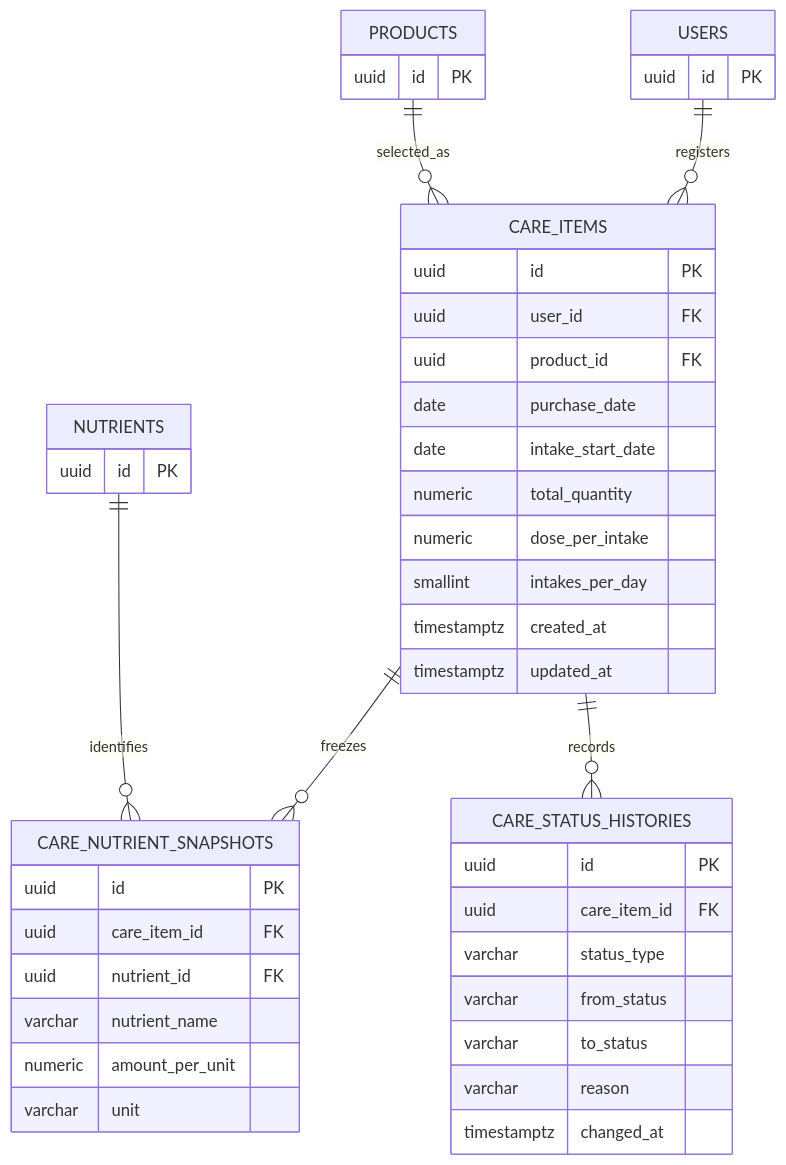
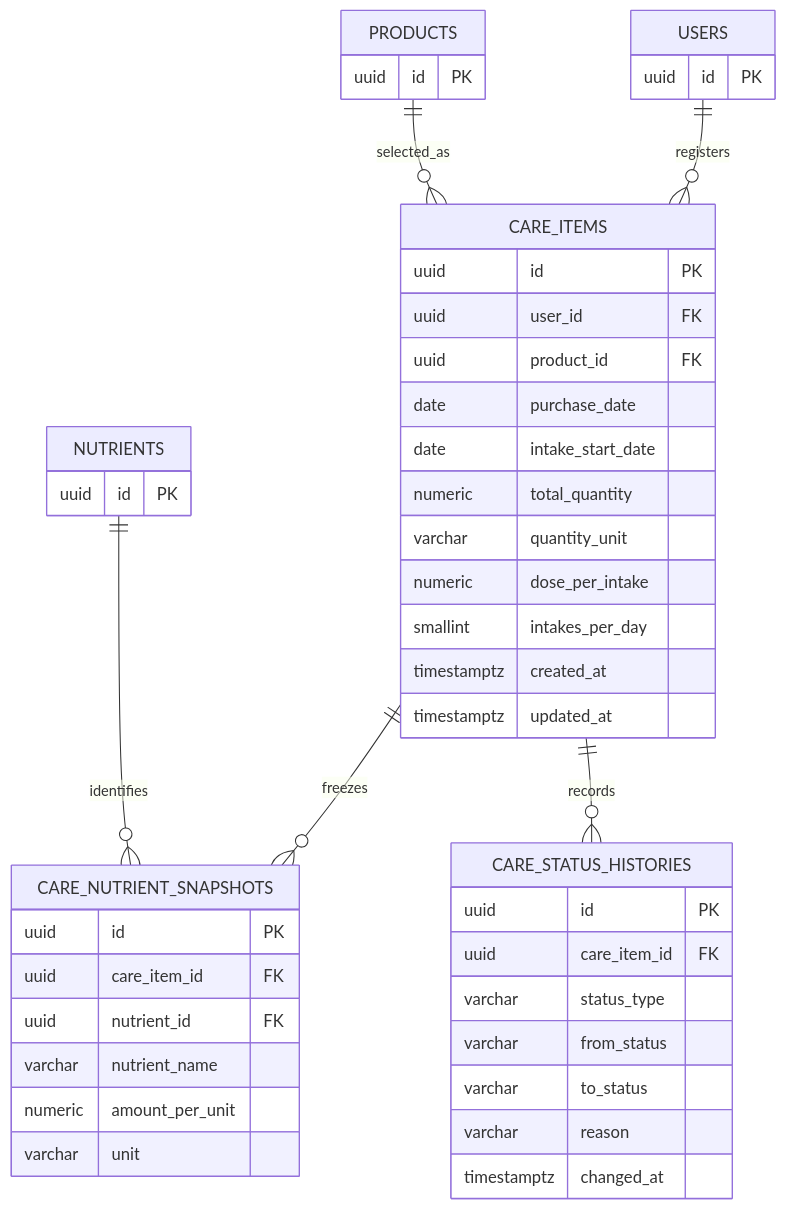
One commit to Pilot-project-python5/backend changed the third of 4 diagrams in docs/architecture/erd.md. Above: the diagram before and after it, drawn with Mermaid. The commit also changed other lines of this file and 31 other files, not shown here.

````diff
--- a/docs/architecture/erd.md
+++ b/docs/architecture/erd.md
@@ -262,52 +262,53 @@
 ```mermaid
 erDiagram
     USERS ||--o{ CARE_ITEMS : registers
     PRODUCTS ||--o{ CARE_ITEMS : selected_as
     CARE_ITEMS ||--o{ CARE_NUTRIENT_SNAPSHOTS : freezes
     NUTRIENTS ||--o{ CARE_NUTRIENT_SNAPSHOTS : identifies
     CARE_ITEMS ||--o{ CARE_STATUS_HISTORIES : records
 
     USERS {
         uuid id PK
     }
 
     PRODUCTS {
         uuid id PK
     }
 
     NUTRIENTS {
         uuid id PK
     }
 
     CARE_ITEMS {
         uuid id PK
         uuid user_id FK
         uuid product_id FK
         date purchase_date
         date intake_start_date
         numeric total_quantity
+        varchar quantity_unit
         numeric dose_per_intake
         smallint intakes_per_day
         timestamptz created_at
         timestamptz updated_at
     }
 
     CARE_NUTRIENT_SNAPSHOTS {
         uuid id PK
         uuid care_item_id FK
         uuid nutrient_id FK
         varchar nutrient_name
         numeric amount_per_unit
         varchar unit
     }
 
     CARE_STATUS_HISTORIES {
         uuid id PK
         uuid care_item_id FK
         varchar status_type
         varchar from_status
         varchar to_status
         varchar reason
         timestamptz changed_at
     }
 ```
````
